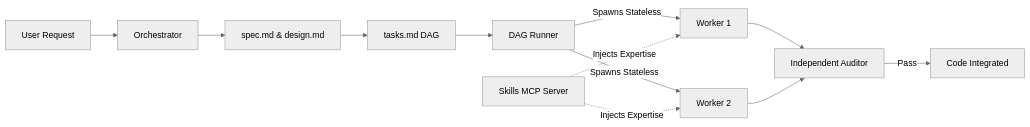
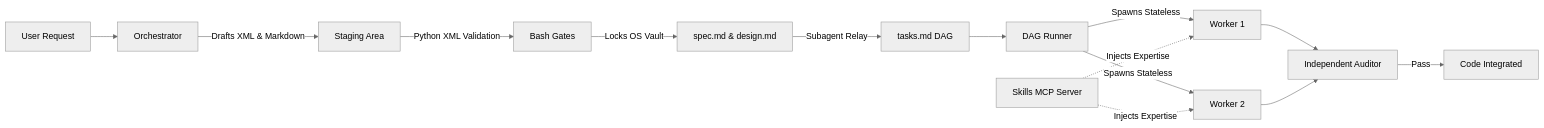
The first of 2 diagrams in README.md (guilhermejorgee/dag-flow), drawn with Mermaid (neutral theme) before and after one commit. The commit also changed other lines of this file and 2897 other files, not shown here.

````diff
--- a/README.md
+++ b/README.md
@@ -25,14 +27,16 @@
 ```mermaid
 graph LR
     A[User Request] --> B[Orchestrator]
-    B --> S[spec.md & design.md]
-    S --> C[tasks.md DAG]
+    B -->|Drafts XML & Markdown| SA[Staging Area]
+    SA -->|Python XML Validation| BG[Bash Gates]
+    BG -->|Locks OS Vault| S[spec.md & design.md]
+    S -->|Subagent Relay| C[tasks.md DAG]
     C --> D[DAG Runner]
     D -->|Spawns Stateless| E[Worker 1]
     D -->|Spawns Stateless| F[Worker 2]
     I[Skills MCP Server] -.->|Injects Expertise| E
     I -.->|Injects Expertise| F
     E --> G[Independent Auditor]
     F --> G
     G -->|Pass| H[Code Integrated]
 ```
````
